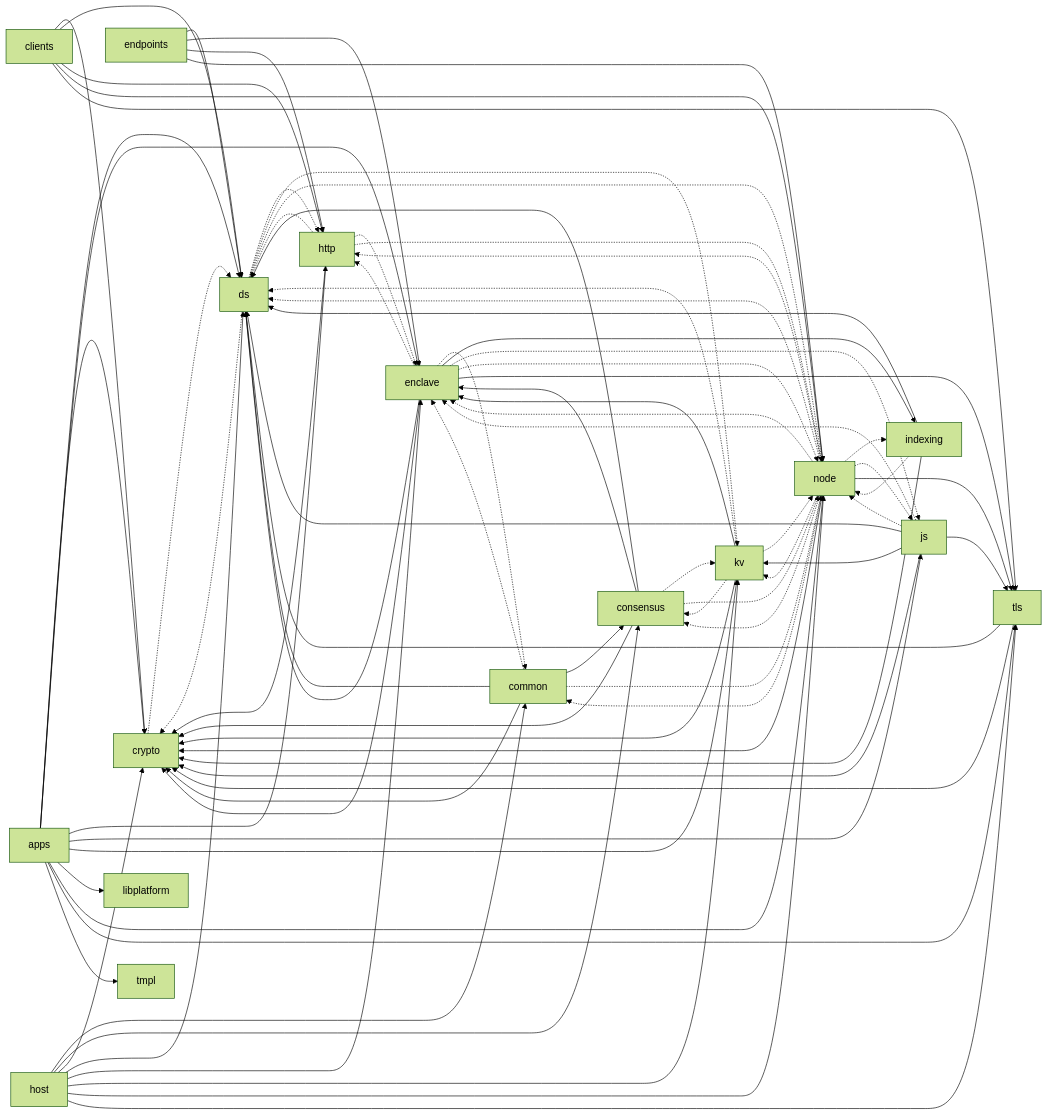
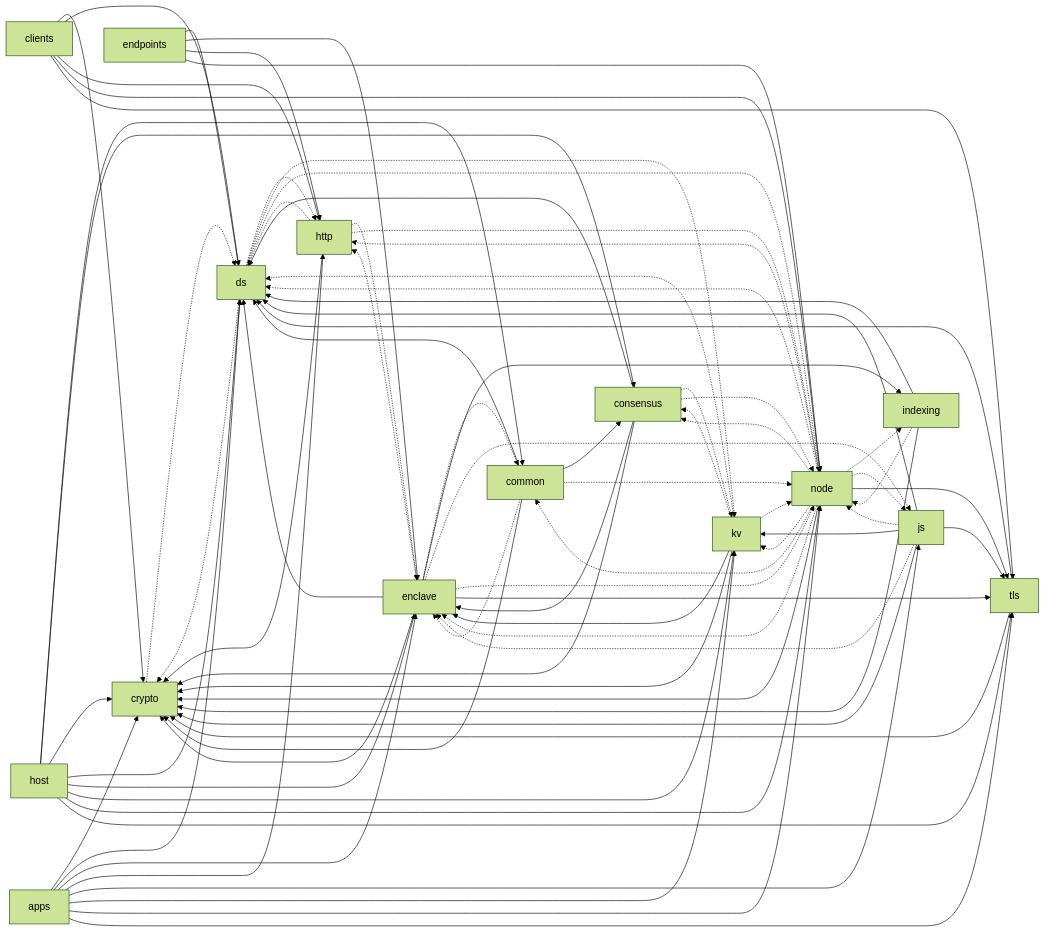
The diagram in doc/architecture/source_dependencies.mmd (microsoft/CCF), drawn with Mermaid (forest theme) before and after one commit.

```diff
--- a/doc/architecture/source_dependencies.mmd
+++ b/doc/architecture/source_dependencies.mmd
@@ -1,81 +1,79 @@
 graph LR
     crypto -.-> ds
     tls --> crypto
     tls --> ds
     ds -.-> crypto
     ds -.-> http
     ds -.-> kv
     ds -.-> node
     endpoints --> ds
     endpoints --> enclave
     endpoints --> http
     endpoints --> node
     indexing --> crypto
     indexing --> ds
     indexing -.-> node
     common --> consensus
     common --> crypto
     common --> ds
     common -.-> enclave
     common -.-> node
     http --> crypto
     http -.-> ds
     http -.-> enclave
     http -.-> node
     clients --> crypto
     clients --> ds
     clients --> http
     clients --> node
     clients --> tls
     consensus --> crypto
     consensus --> ds
     consensus --> enclave
     consensus -.-> kv
     consensus -.-> node
     kv -.-> consensus
     kv --> crypto
     kv -.-> ds
     kv --> enclave
     kv -.-> node
     js --> crypto
     js --> ds
     js -.-> enclave
     js --> kv
     js -.-> node
     js --> tls
     enclave -.-> common
     enclave --> crypto
     enclave --> ds
     enclave -.-> http
     enclave --> indexing
     enclave -.-> js
     enclave -.-> node
     enclave --> tls
     host --> common
     host --> consensus
     host --> crypto
     host --> ds
     host --> enclave
     host --> kv
     host --> node
     host --> tls
     apps --> crypto
     apps --> ds
     apps --> enclave
     apps --> http
     apps --> js
     apps --> kv
-    apps --> libplatform
     apps --> node
     apps --> tls
-    apps --> tmpl
     node -.-> common
     node -.-> consensus
     node --> crypto
     node -.-> ds
     node -.-> enclave
     node -.-> http
     node -.-> indexing
     node -.-> js
     node -.-> kv
     node --> tls
```
